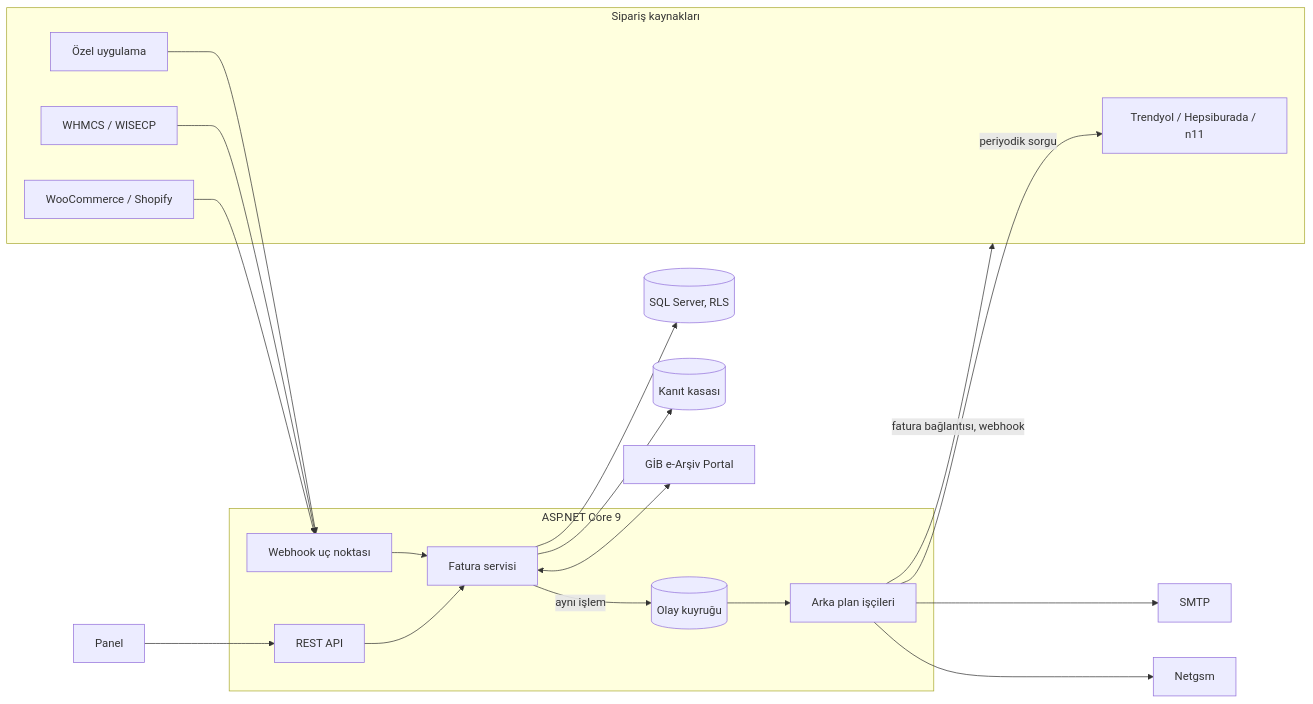
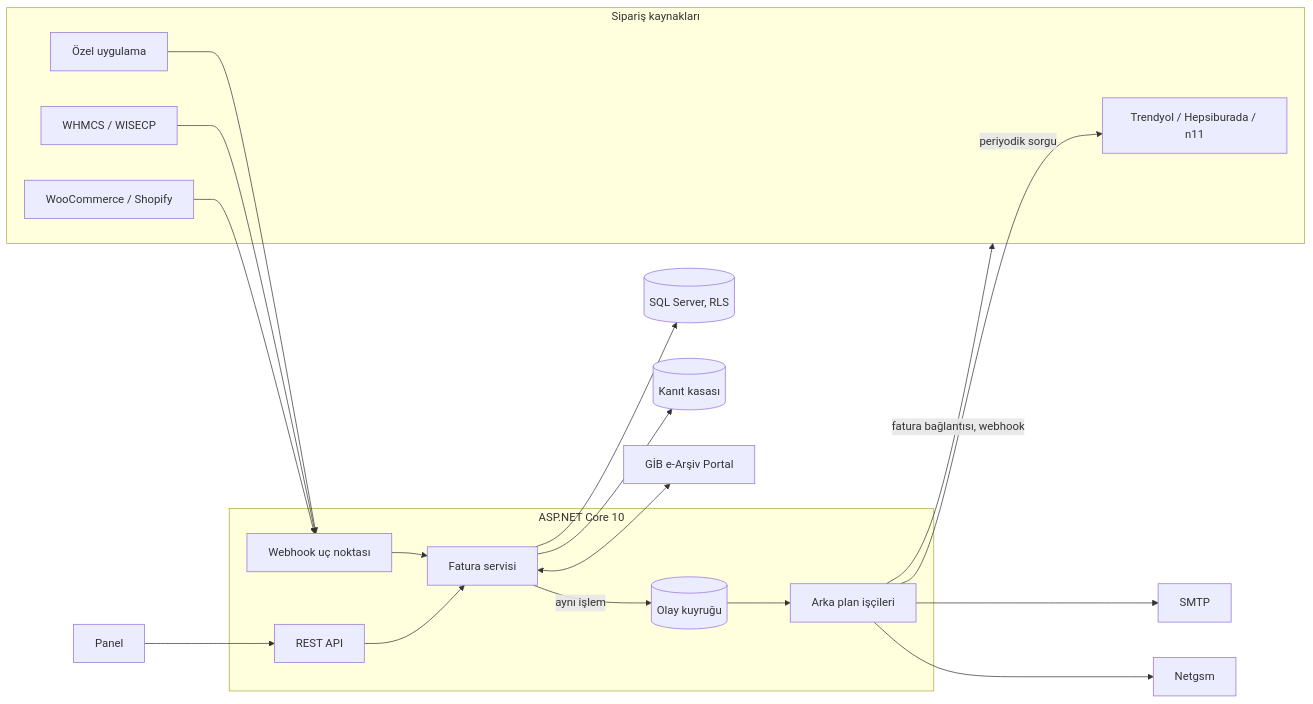
The first of 2 diagrams in README.md (hamzadenizyilmaz/GIB-Framework), drawn with Mermaid before and after one commit. The commit also changed other lines of this file and 80 other files, not shown here.

````diff
--- a/README.md
+++ b/README.md
@@ -103,26 +102,26 @@
 ```mermaid
 flowchart LR
     subgraph Kaynaklar["Sipariş kaynakları"]
         MP[Trendyol / Hepsiburada / n11]
         EC[WooCommerce / Shopify]
         HB[WHMCS / WISECP]
         CA[Özel uygulama]
     end
-    subgraph Uygulama["ASP.NET Core 9"]
+    subgraph Uygulama["ASP.NET Core 10"]
         API[REST API]
         HK[Webhook uç noktası]
         INV[Fatura servisi]
         OB[(Olay kuyruğu)]
         WK[Arka plan işçileri]
     end
     UI[Panel] --> API --> INV
     EC & HB & CA --> HK --> INV
     WK -- periyodik sorgu --> MP
     INV --> DB[(SQL Server, RLS)]
     INV --> EV[(Kanıt kasası)]
     INV -- aynı işlem --> OB --> WK
     WK --> SMTP[SMTP]
     WK --> SMS[Netgsm]
     WK -- fatura bağlantısı, webhook --> Kaynaklar
     INV <--> GIB[GİB e-Arşiv Portal]
 ```
````
